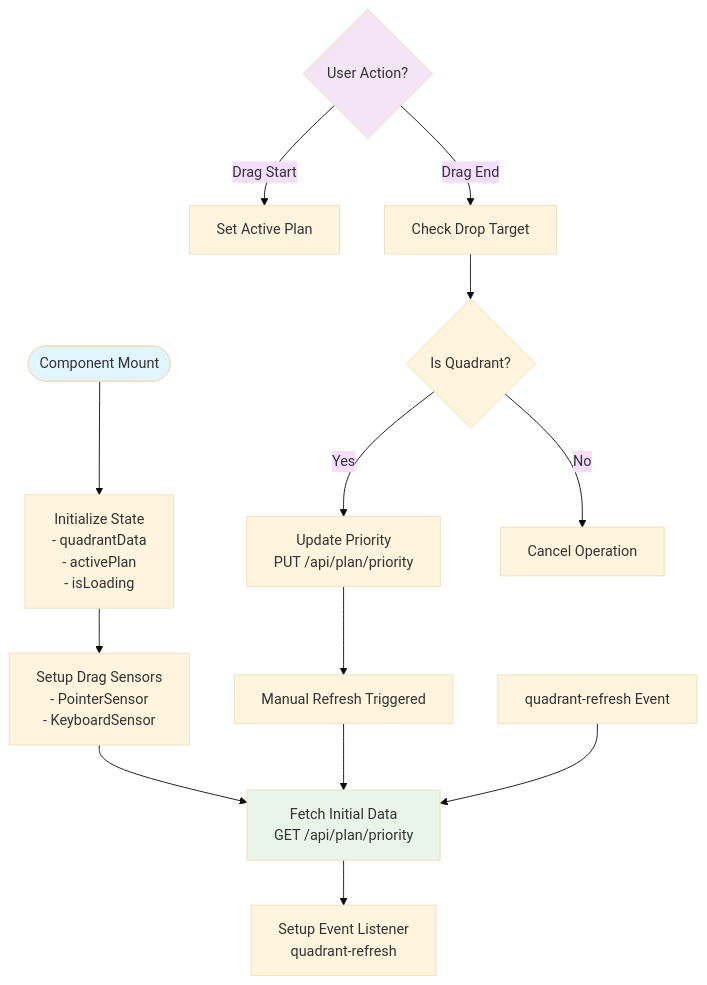
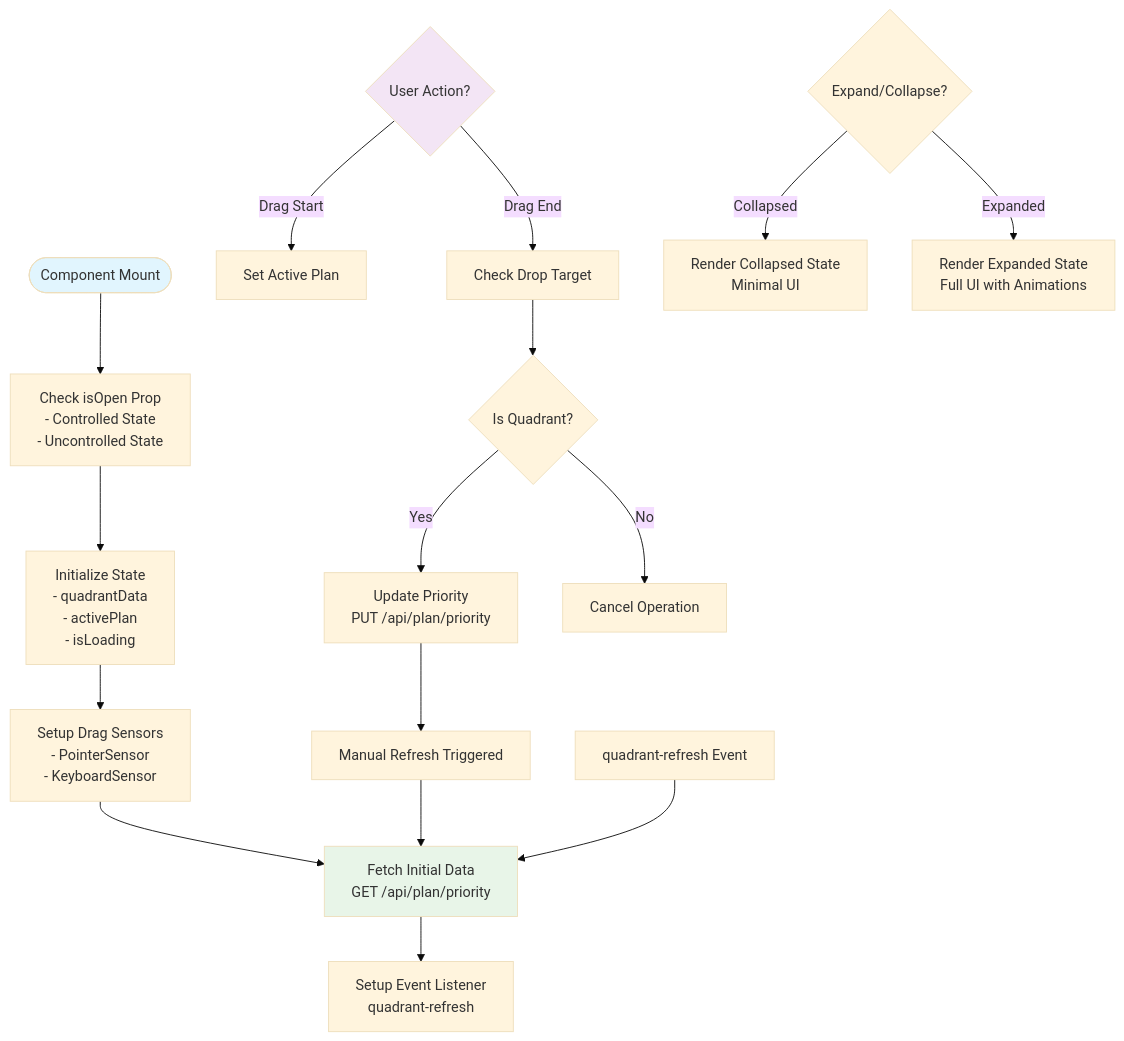
The fifth of 11 diagrams in .qoder/repowiki/en/content/Quadrant Left Sidebar.md (peixuanhu/goal-mate), drawn with Mermaid (base theme) before and after one commit. The commit also changed other lines of this file and 14 other files, not shown here.

````diff
--- a/.qoder/repowiki/en/content/Quadrant Left Sidebar.md
+++ b/.qoder/repowiki/en/content/Quadrant Left Sidebar.md
@@ -176,18 +205,21 @@
 ```mermaid
 flowchart TD
-Start([Component Mount]) --> InitState["Initialize State<br/>- quadrantData<br/>- activePlan<br/>- isLoading"]
+Start([Component Mount]) --> CheckProps["Check isOpen Prop<br/>- Controlled State<br/>- Uncontrolled State"]
+CheckProps --> InitState["Initialize State<br/>- quadrantData<br/>- activePlan<br/>- isLoading"]
 InitState --> SetupSensors["Setup Drag Sensors<br/>- PointerSensor<br/>- KeyboardSensor"]
 SetupSensors --> FetchData["Fetch Initial Data<br/>GET /api/plan/priority"]
 FetchData --> SetupListener["Setup Event Listener<br/>quadrant-refresh"]
 UserAction{"User Action?"} --> |Drag Start| SetActivePlan["Set Active Plan"]
 UserAction --> |Drag End| CheckDrop["Check Drop Target"]
 CheckDrop --> IsQuadrant{"Is Quadrant?"}
 IsQuadrant --> |Yes| UpdatePriority["Update Priority<br/>PUT /api/plan/priority"]
 IsQuadrant --> |No| CancelDrag["Cancel Operation"]
 UpdatePriority --> RefreshData["Manual Refresh Triggered"]
 RefreshData --> FetchData
 CustomEvent["quadrant-refresh Event"] --> FetchData
+ExpandCollapse{"Expand/Collapse?"} --> |Collapsed| RenderCollapsed["Render Collapsed State<br/>Minimal UI"]
+ExpandCollapse --> |Expanded| RenderExpanded["Render Expanded State<br/>Full UI with Animations"]
 style Start fill:#e1f5fe
 style UserAction fill:#f3e5f5
 style FetchData fill:#e8f5e8
 ```
````
